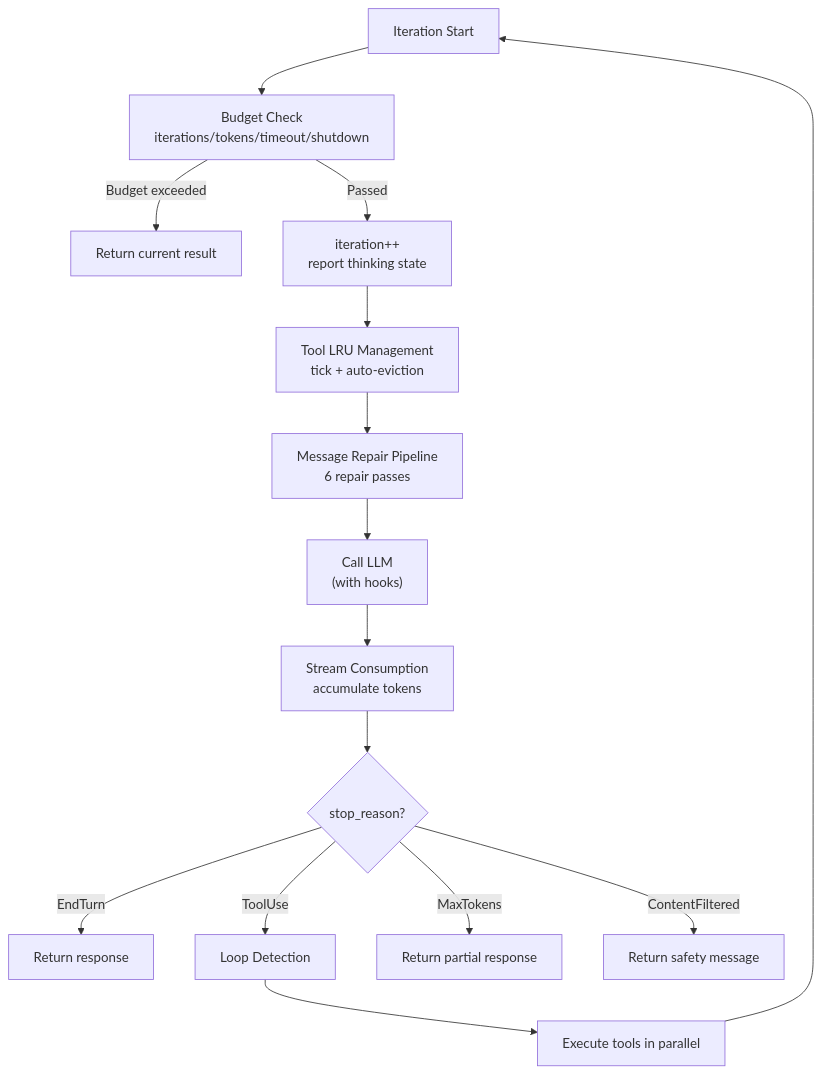
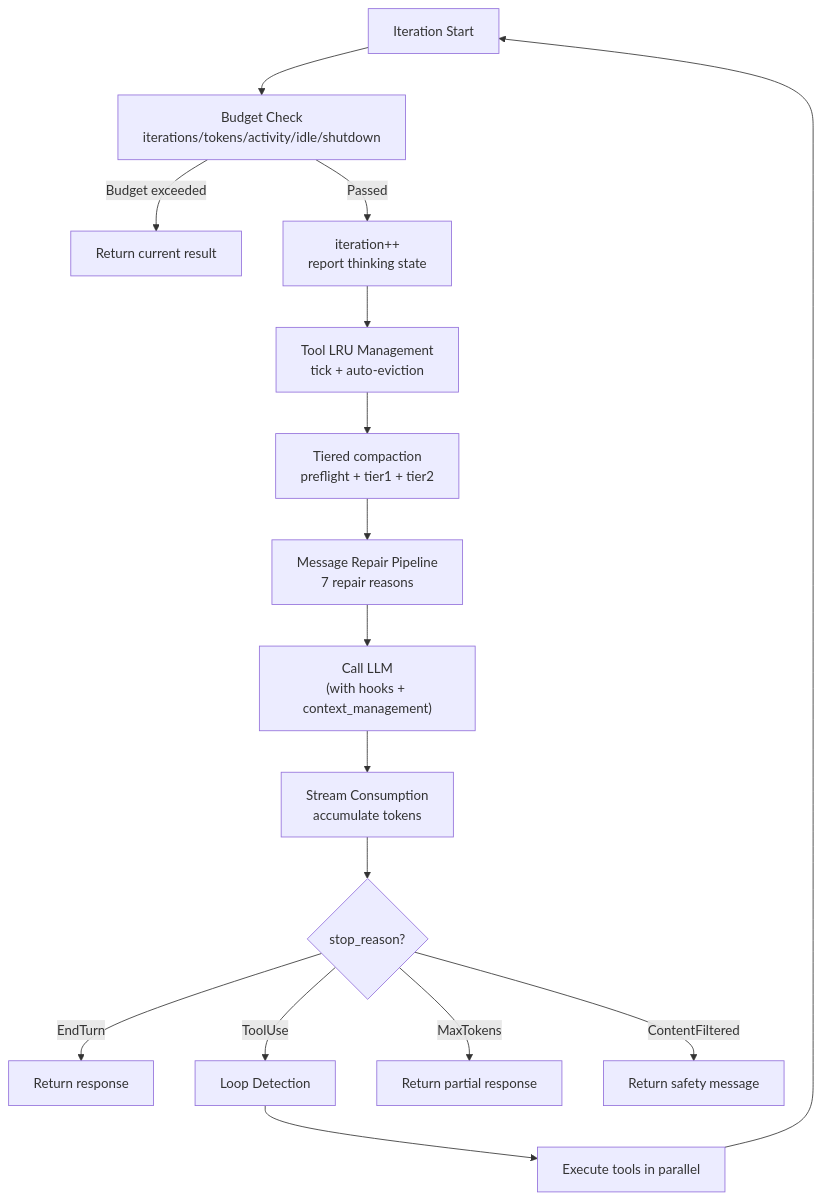
One commit to ZhangHanDong/octos-book changed the first of 3 diagrams in book-en/src/part2/ch05.md. Above: the diagram before and after it, drawn with Mermaid. The commit also changed other lines of this file and 3 other files, not shown here.

````diff
--- a/book-en/src/part2/ch05.md
+++ b/book-en/src/part2/ch05.md
@@ -69,17 +79,18 @@
 ```mermaid
 flowchart TD
-    Start["Iteration Start"] --> Budget["Budget Check<br/>iterations/tokens/timeout/shutdown"]
+    Start["Iteration Start"] --> Budget["Budget Check<br/>iterations/tokens/activity/idle/shutdown"]
     Budget -->|"Budget exceeded"| Return["Return current result"]
     Budget -->|"Passed"| Iter["iteration++<br/>report thinking state"]
     Iter --> LRU["Tool LRU Management<br/>tick + auto-eviction"]
-    LRU --> Repair["Message Repair Pipeline<br/>6 repair passes"]
-    Repair --> LLM["Call LLM<br/>(with hooks)"]
+    LRU --> Compact["Tiered compaction<br/>preflight + tier1 + tier2"]
+    Compact --> Repair["Message Repair Pipeline<br/>7 repair reasons"]
+    Repair --> LLM["Call LLM<br/>(with hooks + context_management)"]
     LLM --> Stream["Stream Consumption<br/>accumulate tokens"]
     Stream --> Stop{"stop_reason?"}
     Stop -->|"EndTurn"| EndReturn["Return response"]
     Stop -->|"ToolUse"| LoopCheck["Loop Detection"]
     Stop -->|"MaxTokens"| MaxReturn["Return partial response"]
     Stop -->|"ContentFiltered"| FilterReturn["Return safety message"]
     LoopCheck --> ToolExec["Execute tools in parallel"]
     ToolExec --> Start
 ```
````
